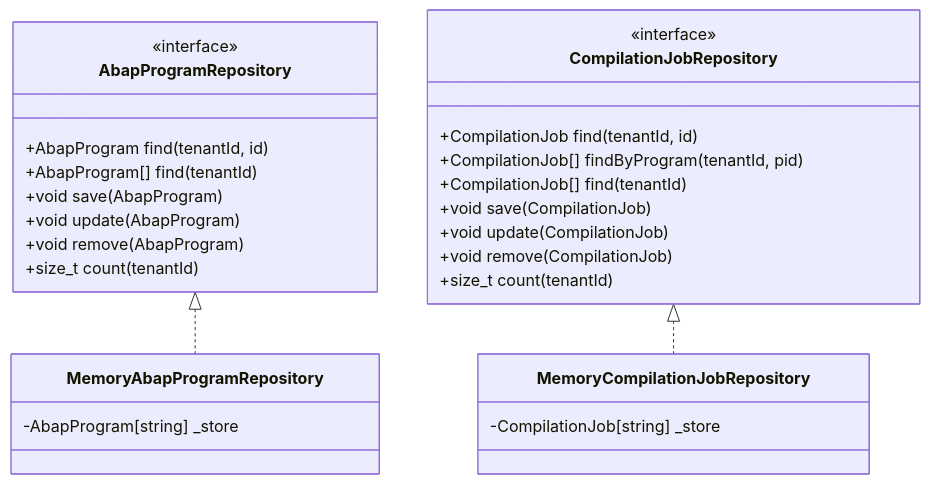
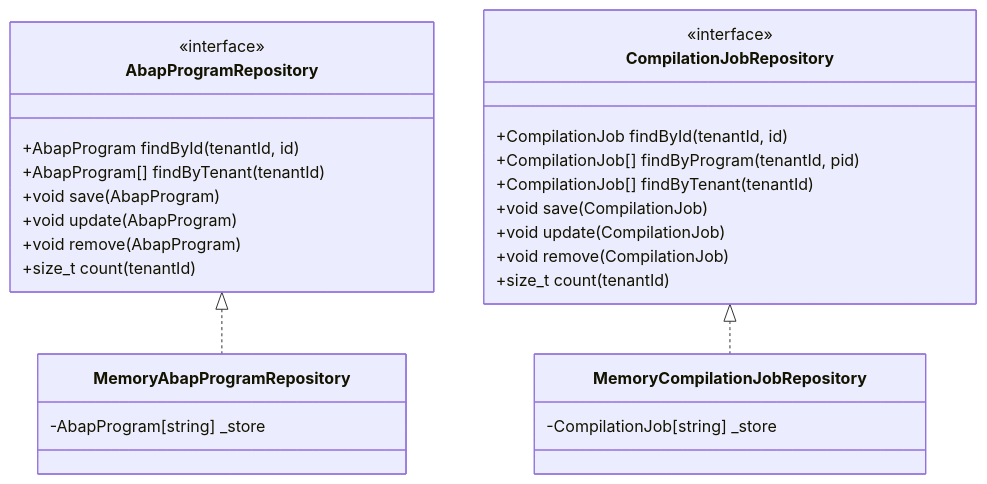
One commit to UIMSolutions/uim-platform changed the fourth of 8 diagrams in abap-compiler/UML.md. Above: the diagram before and after it, drawn with Mermaid. The commit also changed 1160 other files, not shown here.

First line of the commit message:
Refactor MemoryWorkpageRepository and MemoryWorkspaceRepository to use findByTenant method

````diff
--- a/abap-compiler/UML.md
+++ b/abap-compiler/UML.md
@@ -147,34 +147,34 @@
 ```mermaid
 classDiagram
     class AbapProgramRepository {
         <<interface>>
-        +AbapProgram find(tenantId, id)
-        +AbapProgram[] find(tenantId)
+        +AbapProgram findById(tenantId, id)
+        +AbapProgram[] findByTenant(tenantId)
         +void save(AbapProgram)
         +void update(AbapProgram)
         +void remove(AbapProgram)
         +size_t count(tenantId)
     }
 
     class CompilationJobRepository {
         <<interface>>
-        +CompilationJob find(tenantId, id)
+        +CompilationJob findById(tenantId, id)
         +CompilationJob[] findByProgram(tenantId, pid)
-        +CompilationJob[] find(tenantId)
+        +CompilationJob[] findByTenant(tenantId)
         +void save(CompilationJob)
         +void update(CompilationJob)
         +void remove(CompilationJob)
         +size_t count(tenantId)
     }
 
     class MemoryAbapProgramRepository {
         -AbapProgram[string] _store
     }
 
     class MemoryCompilationJobRepository {
         -CompilationJob[string] _store
     }
 
     AbapProgramRepository <|.. MemoryAbapProgramRepository
     CompilationJobRepository <|.. MemoryCompilationJobRepository
 ```
````
